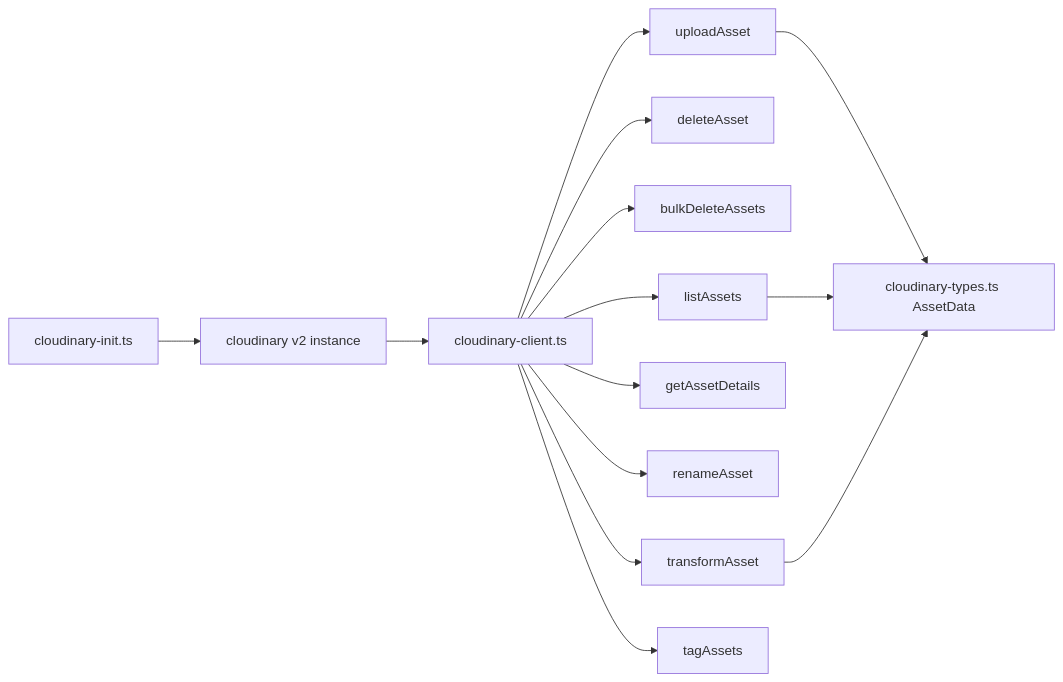
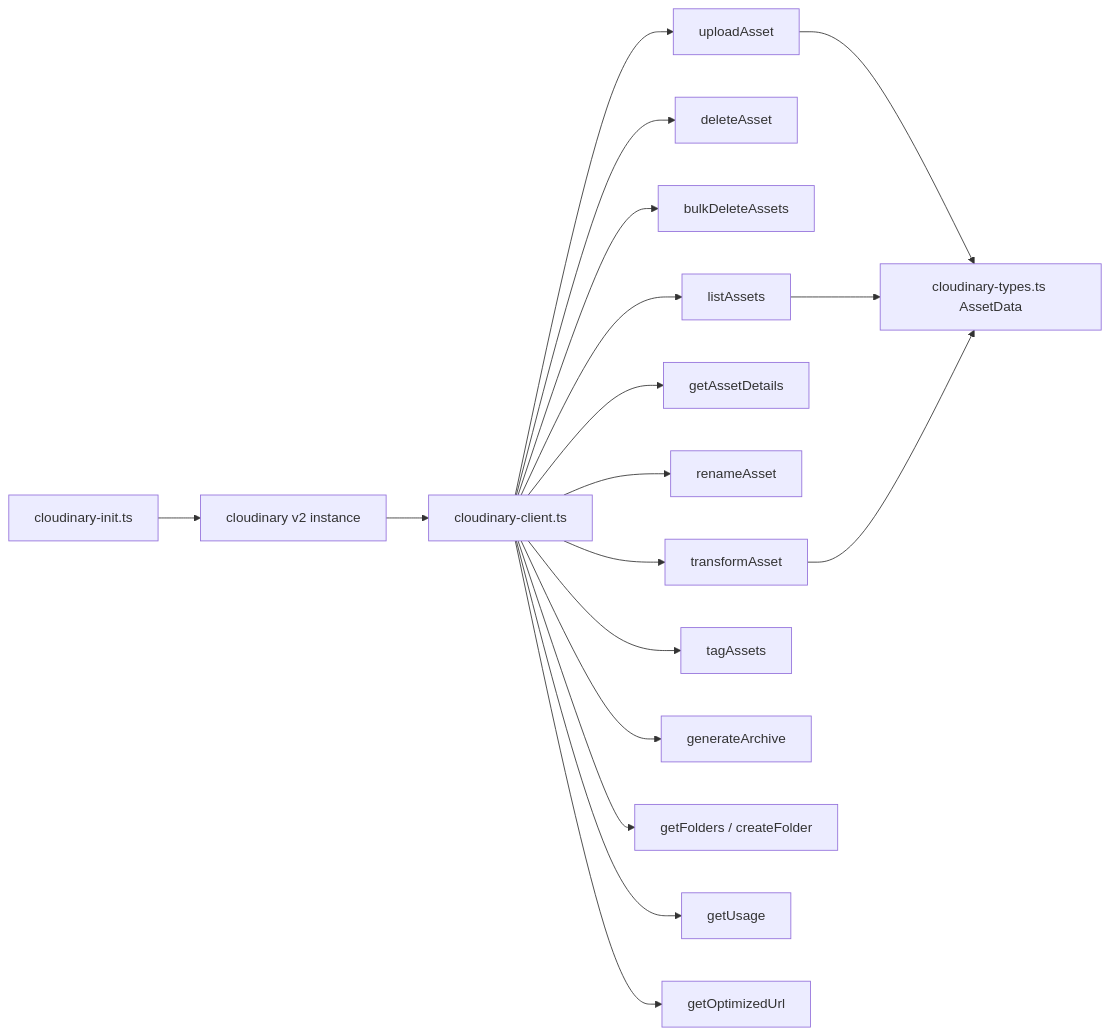
One commit to coderooz/cloudinary-next changed the fourth of 4 diagrams in .workspace/LFI/DIAGRAMS.md. Above: the diagram before and after it, drawn with Mermaid. The commit also changed other lines of this file and 47 other files, not shown here.

````diff
--- a/.workspace/LFI/DIAGRAMS.md
+++ b/.workspace/LFI/DIAGRAMS.md
@@ -116,16 +106,20 @@
 ```mermaid
 flowchart LR
     A[cloudinary-init.ts] --> B[cloudinary v2 instance]
     B --> C[cloudinary-client.ts]
     C --> D[uploadAsset]
     C --> E[deleteAsset]
     C --> F[bulkDeleteAssets]
     C --> G[listAssets]
     C --> H[getAssetDetails]
     C --> I[renameAsset]
     C --> J[transformAsset]
     C --> K[tagAssets]
-    D --> L[cloudinary-types.ts AssetData]
-    G --> L
-    J --> L
+    C --> L[generateArchive]
+    C --> M[getFolders / createFolder]
+    C --> N[getUsage]
+    C --> O[getOptimizedUrl]
+    D --> P[cloudinary-types.ts AssetData]
+    G --> P
+    J --> P
 ```
````
